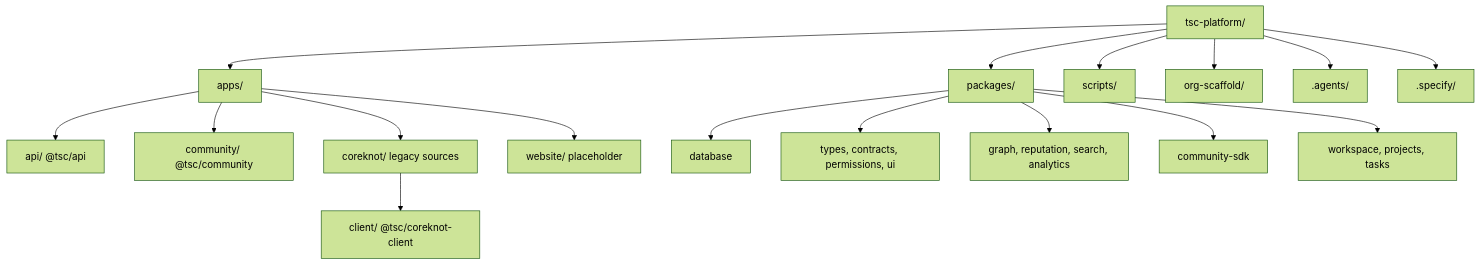
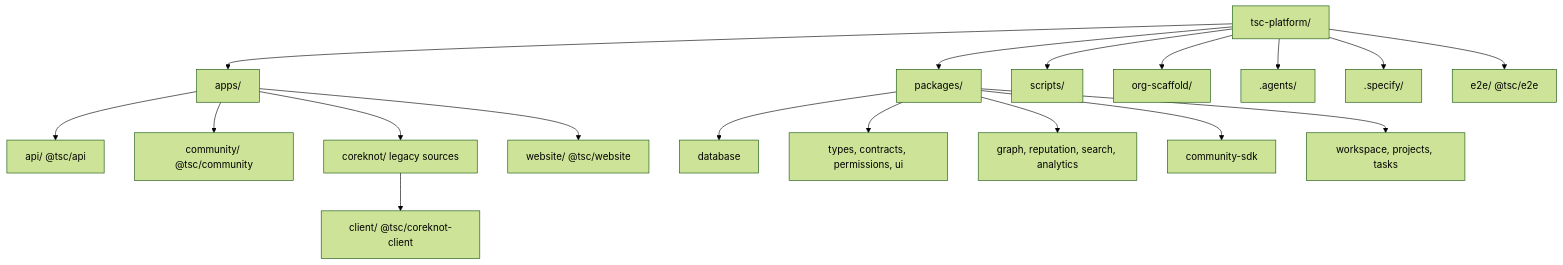
Before and after one commit to The-Shakti-Collective/tsc-platform: the first of 3 diagrams in .specify/architecture/monorepo-structure.md, drawn with Mermaid (forest theme). The commit also changed other lines of this file and 164 other files, not shown here.

````diff
--- a/.specify/architecture/monorepo-structure.md
+++ b/.specify/architecture/monorepo-structure.md
@@ -24,23 +25,25 @@
 ```mermaid
 flowchart TB
     ROOT["tsc-platform/"]
     
     ROOT --> APPS["apps/"]
     ROOT --> PKGS["packages/"]
     ROOT --> SCRIPTS["scripts/"]
     ROOT --> SCAFFOLD["org-scaffold/"]
     ROOT --> AGENTS[".agents/"]
     ROOT --> SPECIFY[".specify/"]
 
     APPS --> API["api/ @tsc/api"]
     APPS --> COMM["community/ @tsc/community"]
     APPS --> CKROOT["coreknot/ legacy sources"]
     CKROOT --> CKCLIENT["client/ @tsc/coreknot-client"]
-    APPS --> WEB["website/ placeholder"]
+    APPS --> WEB["website/ @tsc/website"]
+
+    ROOT --> E2E["e2e/ @tsc/e2e"]
 
     PKGS --> DB["database"]
     PKGS --> SHARED["types, contracts, permissions, ui"]
     PKGS --> DOMAIN["graph, reputation, search, analytics"]
     PKGS --> SDK["community-sdk"]
     PKGS --> OPS["workspace, projects, tasks"]
 ```
````
